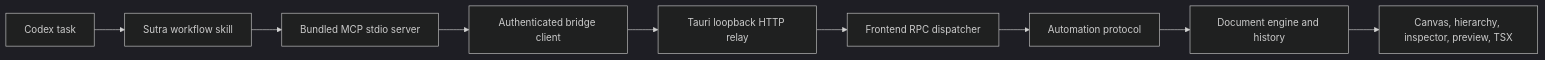
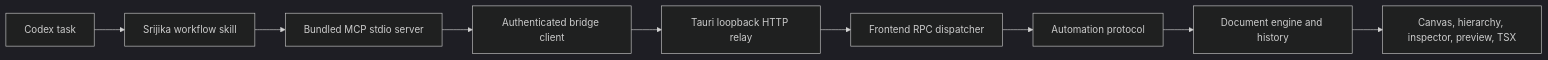
One commit to bestmaa/srijika-studio changed the diagram in docs/codex-plugin-architecture.md. Above: the diagram before and after it, drawn with Mermaid (dark theme). The commit also changed other lines of this file and 366 other files, not shown here.

Commit message:
feat: ship Srijika code-first developer workflow

````diff
--- a/docs/codex-plugin-architecture.md
+++ b/docs/codex-plugin-architecture.md
@@ -7,11 +7,11 @@
 ```mermaid
 flowchart LR
-  C["Codex task"] --> S["Sutra workflow skill"]
+  C["Codex task"] --> S["Srijika workflow skill"]
   S --> M["Bundled MCP stdio server"]
   M --> B["Authenticated bridge client"]
   B --> H["Tauri loopback HTTP relay"]
   H --> R["Frontend RPC dispatcher"]
   R --> A["Automation protocol"]
   A --> D["Document engine and history"]
   D --> V["Canvas, hierarchy, inspector, preview, TSX"]
 ```
````
